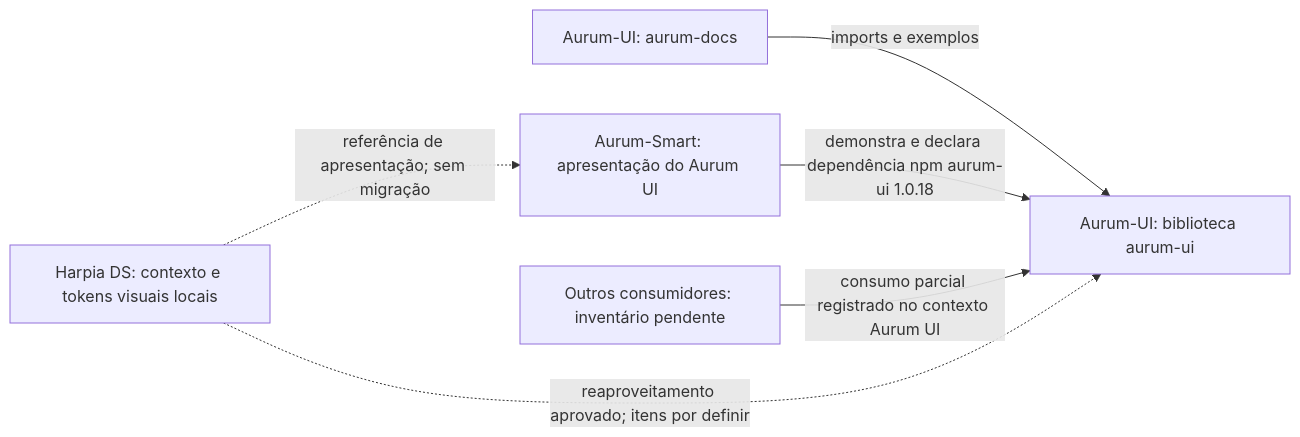
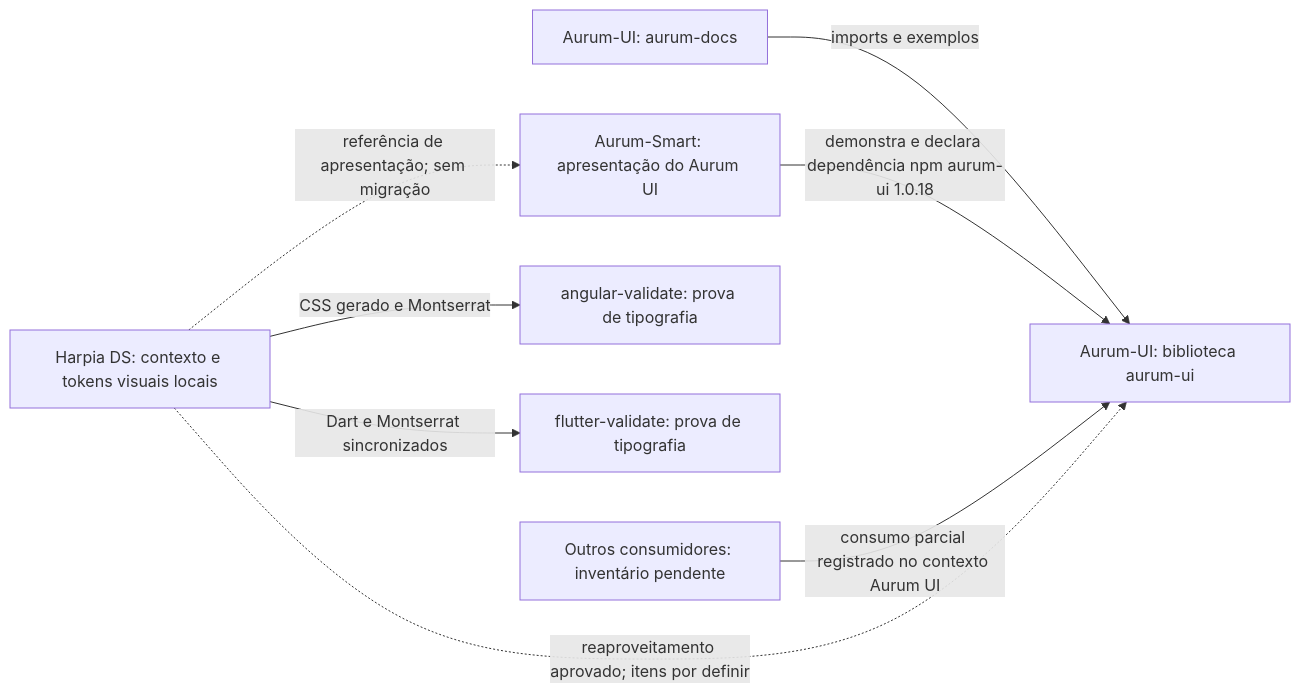
One commit to rysecodebr/harpia-ds changed the first of 2 diagrams in docs/context/graph.md. Above: the diagram before and after it, drawn with Mermaid. The commit also changed 38 other files, not shown here.

Commit message:
test(validacao): crie aplicações Angular e Flutter para tipografia

````diff
--- a/docs/context/graph.md
+++ b/docs/context/graph.md
@@ -5,14 +5,18 @@
 ```mermaid
 flowchart LR
     AurumUI["Aurum-UI: biblioteca aurum-ui"]
     AurumDocs["Aurum-UI: aurum-docs"]
     Smart["Aurum-Smart: apresentação do Aurum UI"]
     Harpia["Harpia DS: contexto e tokens visuais locais"]
+    AngularValidate["angular-validate: prova de tipografia"]
+    FlutterValidate["flutter-validate: prova de tipografia"]
     Consumers["Outros consumidores: inventário pendente"]
 
     AurumDocs -->|imports e exemplos| AurumUI
     Smart -->|demonstra e declara dependência npm aurum-ui 1.0.18| AurumUI
     Consumers -->|consumo parcial registrado no contexto Aurum UI| AurumUI
     Harpia -.->|reaproveitamento aprovado; itens por definir| AurumUI
     Harpia -.->|referência de apresentação; sem migração| Smart
+    Harpia -->|CSS gerado e Montserrat| AngularValidate
+    Harpia -->|Dart e Montserrat sincronizados| FlutterValidate
 ```
````
